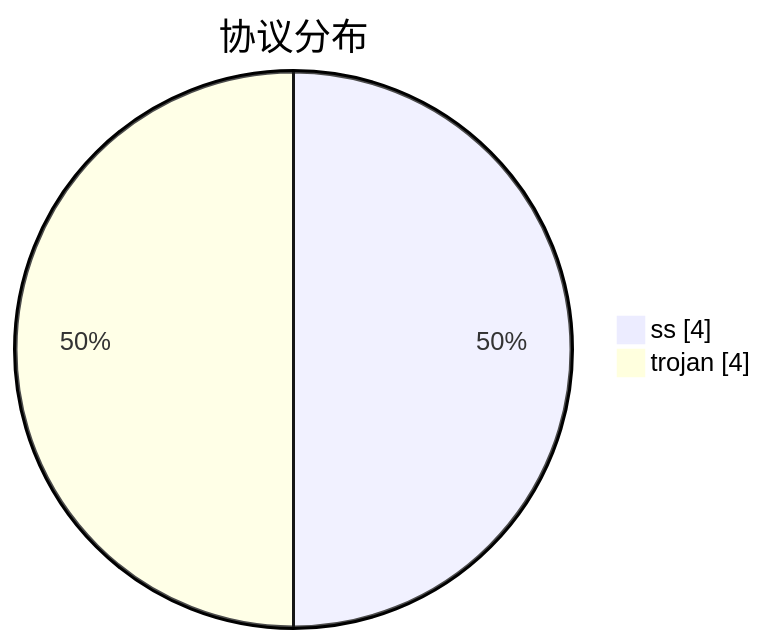
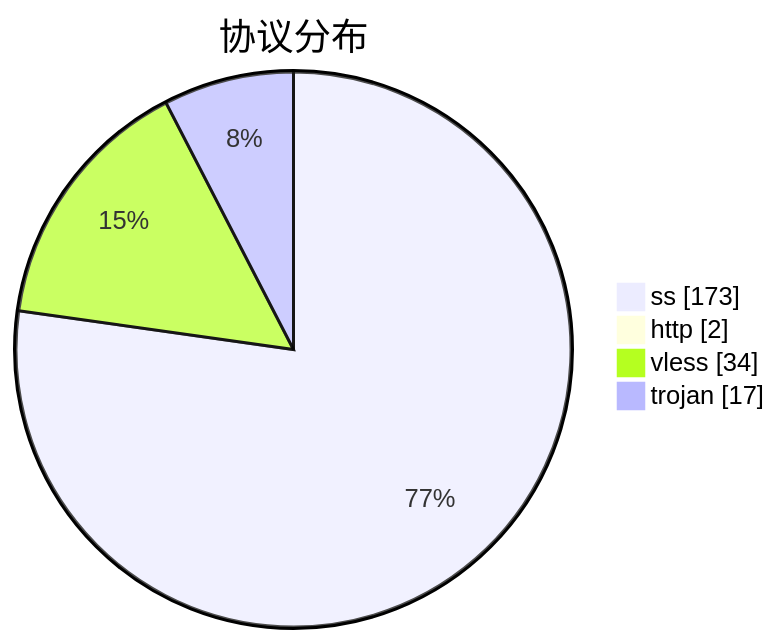
One commit to qjlxg/airport changed the third of 3 diagrams in subs/statistics/tested_within.md. Above: the diagram before and after it, drawn with Mermaid. The commit also changed other lines of this file and 2 other files, not shown here.

````diff
--- a/subs/statistics/tested_within.md
+++ b/subs/statistics/tested_within.md
@@ -13,6 +18,8 @@
 ```mermaid
 pie showData
 title 协议分布
-"ss" : 4
-"trojan" : 4
+"ss" : 173
+"http" : 2
+"vless" : 34
+"trojan" : 17
 ```
````
